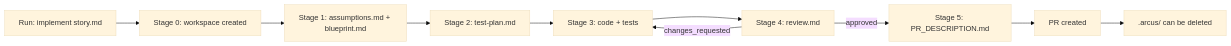
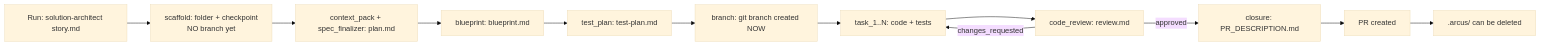
The second of 2 diagrams in plugins/arcus/skills/arcus-guide/assets/artifacts-guide.md (piyushbhargava1412/arcus-plugin), drawn with Mermaid (base theme) before and after one commit. The commit also changed other lines of this file and 7 other files, not shown here.

Commit message:
docs(ARC-0002): Task 13: update arcus-guide assets for gated/afk rework

````diff
--- a/plugins/arcus/skills/arcus-guide/assets/artifacts-guide.md
+++ b/plugins/arcus/skills/arcus-guide/assets/artifacts-guide.md
@@ -505,12 +513,14 @@
 ```mermaid
 graph LR
-    A[Run: implement story.md] --> B[Stage 0: workspace created]
-    B --> C[Stage 1: assumptions.md + blueprint.md]
-    C --> D[Stage 2: test-plan.md]
-    D --> E[Stage 3: code + tests]
-    E --> F[Stage 4: review.md]
-    F -->|approved| G[Stage 5: PR_DESCRIPTION.md]
-    F -->|changes_requested| E
-    G --> H[PR created]
-    H --> I[.arcus/ can be deleted]
+    A[Run: solution-architect story.md] --> B[scaffold: folder + checkpoint<br/>NO branch yet]
+    B --> C[context_pack + spec_finalizer: plan.md]
+    C --> D[blueprint: blueprint.md]
+    D --> E[test_plan: test-plan.md]
+    E --> Br[branch: git branch created NOW]
+    Br --> F[task_1..N: code + tests]
+    F --> G[code_review: review.md]
+    G -->|approved| H[closure: PR_DESCRIPTION.md]
+    G -->|changes_requested| F
+    H --> I[PR created]
+    I --> J[.arcus/ can be deleted]
 ```
````
